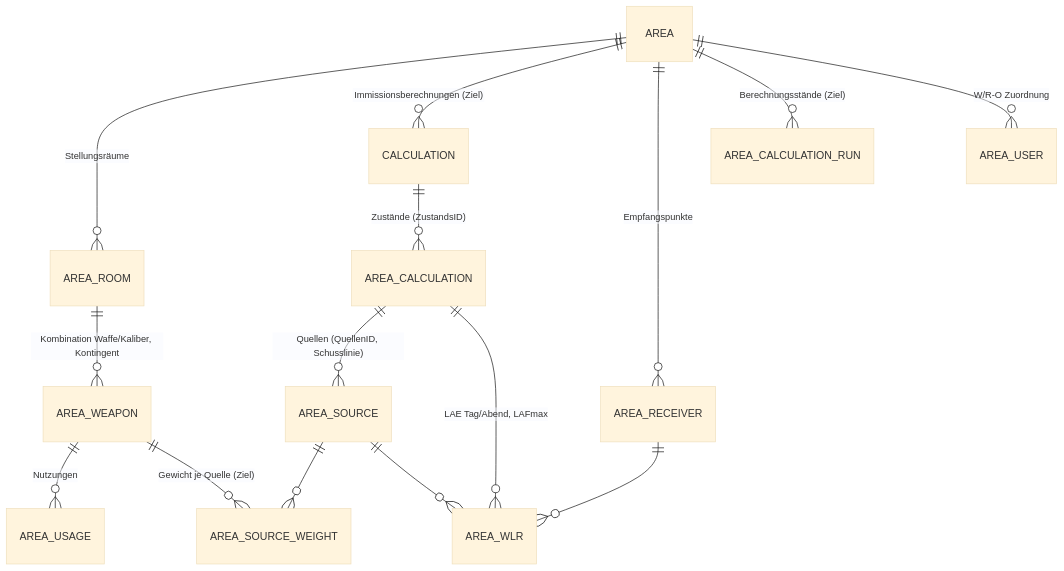
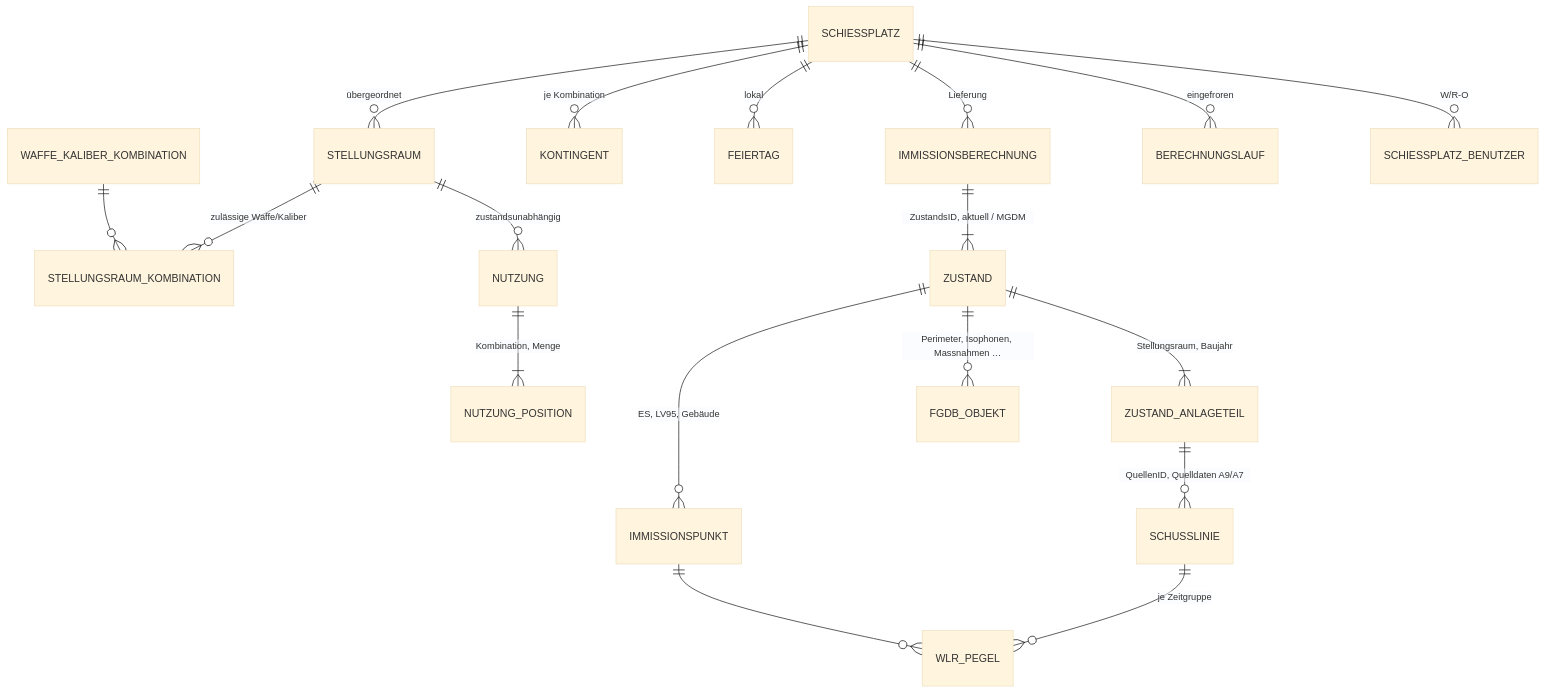
The second of 5 diagrams in docs/anforderungskatalog/C2-Loesungskonzept-SLIM.md (WeslleyDeSouza/slim-shooting-range-noise-management), drawn with Mermaid (base theme) before and after one commit. The commit also changed other lines of this file and 21 other files, not shown here.

````diff
--- a/docs/anforderungskatalog/C2-Loesungskonzept-SLIM.md
+++ b/docs/anforderungskatalog/C2-Loesungskonzept-SLIM.md
@@ -83,18 +83,21 @@
-```mermaid width=78%
-%% logische Klassennamen; physische Tabellen deutsch (slm 51)
+```mermaid width=82%
+%% physische Tabellen (slm 51); drei Ebenen wie B1 Abbildung 43
 erDiagram
-  AREA ||--o{ AREA_ROOM : "Stellungsräume"
-  AREA_ROOM ||--o{ AREA_WEAPON : "Kombination Waffe/Kaliber, Kontingent"
-  AREA_WEAPON ||--o{ AREA_USAGE : "Nutzungen"
-  AREA ||--o{ CALCULATION : "Immissionsberechnungen (Ziel)"
-  CALCULATION ||--o{ AREA_CALCULATION : "Zustände (ZustandsID)"
-  AREA_CALCULATION ||--o{ AREA_SOURCE : "Quellen (QuellenID, Schusslinie)"
-  AREA_WEAPON ||--o{ AREA_SOURCE_WEIGHT : "Gewicht je Quelle (Ziel)"
-  AREA_SOURCE ||--o{ AREA_SOURCE_WEIGHT : ""
-  AREA ||--o{ AREA_RECEIVER : "Empfangspunkte"
-  AREA_CALCULATION ||--o{ AREA_WLR : "LAE Tag/Abend, LAFmax"
-  AREA_RECEIVER ||--o{ AREA_WLR : ""
-  AREA_SOURCE ||--o{ AREA_WLR : ""
-  AREA ||--o{ AREA_CALCULATION_RUN : "Berechnungsstände (Ziel)"
-  AREA ||--o{ AREA_USER : "W/R-O Zuordnung"
+  SCHIESSPLATZ ||--o{ STELLUNGSRAUM : "übergeordnet"
+  STELLUNGSRAUM ||--o{ STELLUNGSRAUM_KOMBINATION : "zulässige Waffe/Kaliber"
+  WAFFE_KALIBER_KOMBINATION ||--o{ STELLUNGSRAUM_KOMBINATION : ""
+  SCHIESSPLATZ ||--o{ KONTINGENT : "je Kombination"
+  SCHIESSPLATZ ||--o{ FEIERTAG : "lokal"
+  STELLUNGSRAUM ||--o{ NUTZUNG : "zustandsunabhängig"
+  NUTZUNG ||--|{ NUTZUNG_POSITION : "Kombination, Menge"
+  SCHIESSPLATZ ||--o{ IMMISSIONSBERECHNUNG : "Lieferung"
+  IMMISSIONSBERECHNUNG ||--|{ ZUSTAND : "ZustandsID, aktuell / MGDM"
+  ZUSTAND ||--|{ ZUSTAND_ANLAGETEIL : "Stellungsraum, Baujahr"
+  ZUSTAND_ANLAGETEIL ||--o{ SCHUSSLINIE : "QuellenID, Quelldaten A9/A7"
+  ZUSTAND ||--o{ IMMISSIONSPUNKT : "ES, LV95, Gebäude"
+  SCHUSSLINIE ||--o{ WLR_PEGEL : "je Zeitgruppe"
+  IMMISSIONSPUNKT ||--o{ WLR_PEGEL : ""
+  ZUSTAND ||--o{ FGDB_OBJEKT : "Perimeter, Isophonen, Massnahmen …"
+  SCHIESSPLATZ ||--o{ BERECHNUNGSLAUF : "eingefroren"
+  SCHIESSPLATZ ||--o{ SCHIESSPLATZ_BENUTZER : "W/R-O"
 ```
````
